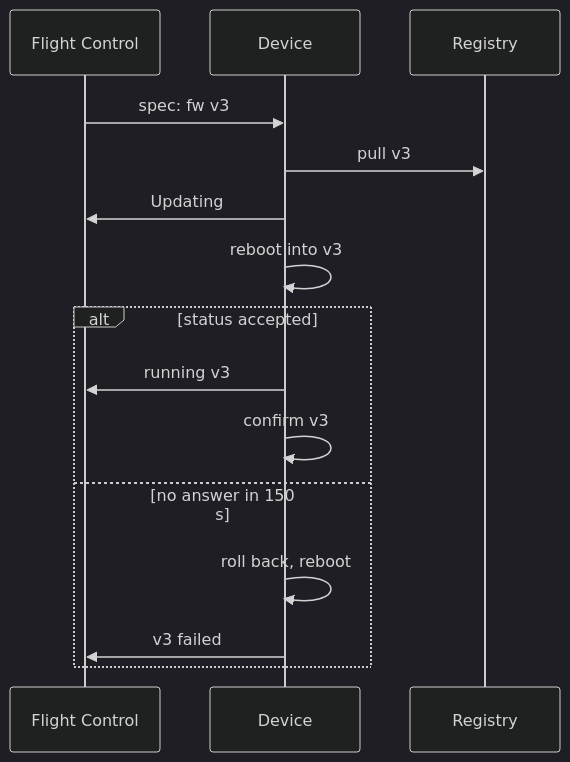
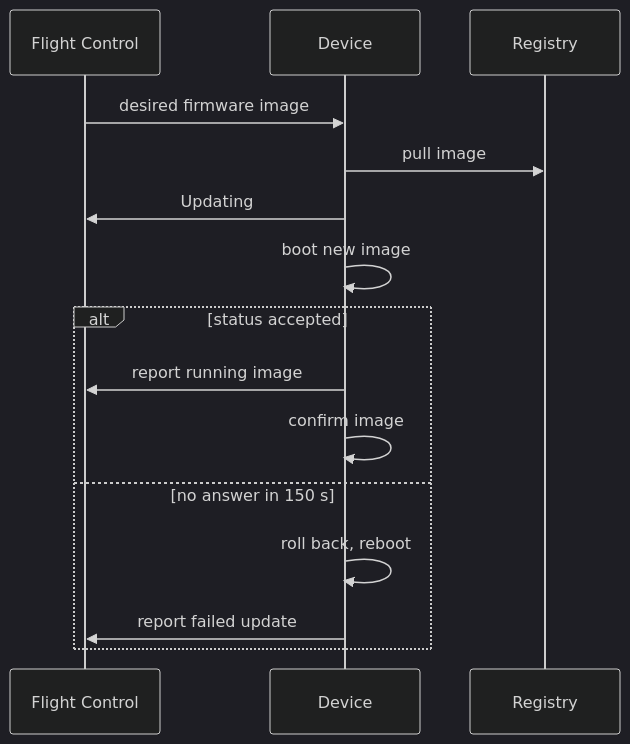
The third of 3 diagrams in README.md (francescopace/flightctl-mcu), drawn with Mermaid (dark theme) before and after one commit. The commit also changed 17 other files, not shown here.

````diff
--- a/README.md
+++ b/README.md
@@ -85,17 +85,17 @@
 ```mermaid
 sequenceDiagram
   participant FC as Flight Control
   participant D as Device
   participant R as Registry
-  FC->>D: spec: fw v3
-  D->>R: pull v3
+  FC->>D: desired firmware image
+  D->>R: pull image
   D->>FC: Updating
-  D->>D: reboot into v3
+  D->>D: boot new image
   alt status accepted
-    D->>FC: running v3
-    D->>D: confirm v3
+    D->>FC: report running image
+    D->>D: confirm image
   else no answer in 150 s
     D->>D: roll back, reboot
-    D->>FC: v3 failed
+    D->>FC: report failed update
   end
 ```
````
